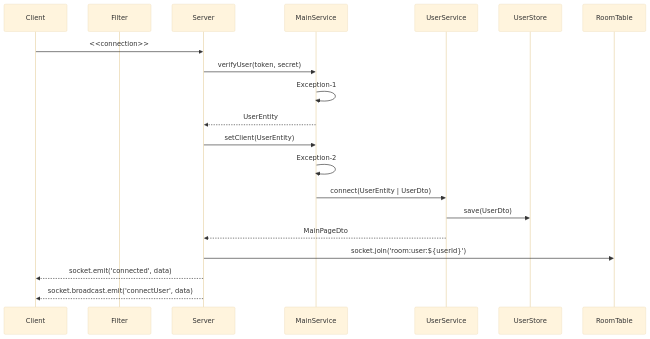
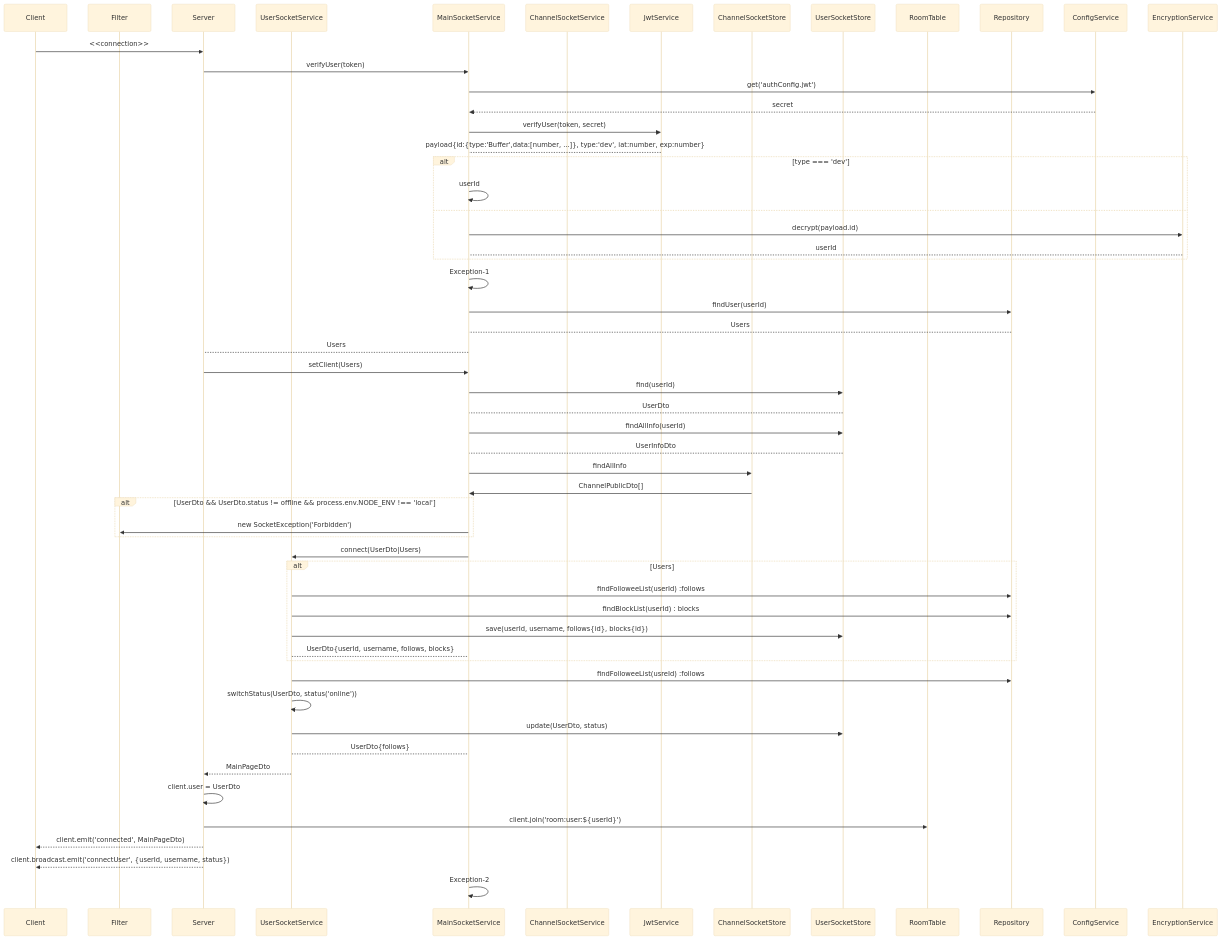
Before and after one commit to mtak0235/simmons_transcendence: the first of 21 diagrams in backend/node/app/event.md, drawn with Mermaid (base theme). The commit also changed other lines of this file and 1 other file, not shown here.

Commit message:
handleConnection md 수정

````diff
--- a/backend/node/app/event.md
+++ b/backend/node/app/event.md
@@ -100,23 +101,63 @@
 ```mermaid
 sequenceDiagram
+
 participant c as Client
 participant f as Filter
 participant ga as Server
-participant ms as MainService
-participant us as UserService
-participant ss as UserStore
+participant us as UserSocketService
+participant ms as MainSocketService
+participant cs as ChannelSocketService
+participant js as JwtService
+
+participant css as ChannelSocketStore
+participant uss as UserSocketStore
 participant rt as RoomTable
 
+participant rep as Repository
+
+
 c->>ga: <<connection>>
-ga->>ms: verifyUser(token, secret);
+ga->>ms: verifyUser(token);
+ms->>ConfigService:  get('authConfig.jwt')
+ConfigService-->>ms: secret
+ms->>js: verifyUser(token, secret)
+js-->ms: payload{id:{type:'Buffer',data:[number, ...]}, type:'dev', iat:number, exp:number}
+alt type === 'dev'
+ms->>ms: userId
+else
+ms->>EncryptionService: decrypt(payload.id)
+EncryptionService-->ms: userId
+end
 ms->>ms: Exception-1
-ms-->>ga: UserEntity
-ga->>ms: setClient(UserEntity);
+ms->>rep: findUser(userId)
+rep-->ms: Users
+ms-->ga: Users
+ga->>ms: setClient(Users);
+ms->>uss: find(userId)
+uss-->ms: UserDto
+ms->>uss:findAllInfo(userId)
+uss-->ms: UserInfoDto
+ms->>css: findAllInfo
+css->>ms: ChannelPublicDto[]
+alt UserDto && UserDto.status != offline && process.env.NODE_ENV !== 'local'
+ms->>f: new SocketException('Forbidden')
+end
+ms->>us: connect(UserDto|Users)
+alt Users
+us->>rep: findFolloweeList(userId) :follows
+us->>rep: findBlockList(userId) : blocks
+us->>uss: save(userId, username, follows{id}, blocks{id});
+us-->ms:UserDto{userId, username, follows, blocks}
+
+end
+us->>rep: findFolloweeList(usreId) :follows
+us->>us: switchStatus(UserDto, status('online'))
+us->>uss: update(UserDto, status)
+us-->ms:UserDto{follows}
+us-->>ga: MainPageDto
+ga->>ga: client.user = UserDto
+ga->>rt: client.join('room:user:${userId}')
+ga-->>c: client.emit('connected', MainPageDto);
+ga-->>c: client.broadcast.emit('connectUser', {userId, username, status});
 ms->>ms: Exception-2
-ms->>us: connect(UserEntity | UserDto);
-us->>ss: save(UserDto);
-us-->>ga: MainPageDto
-ga->>rt: socket.join('room:user:${userId}')
-ga-->>c: socket.emit('connected', data);
-ga-->>c: socket.broadcast.emit('connectUser', data);
 ```
````
